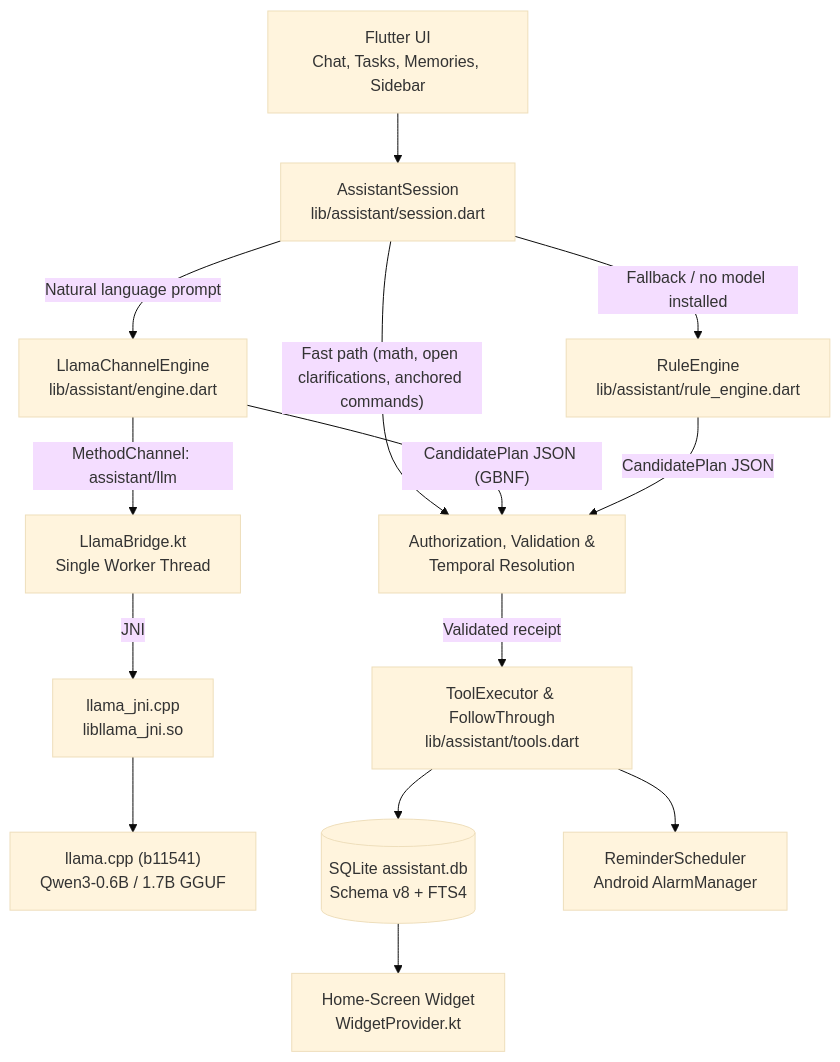
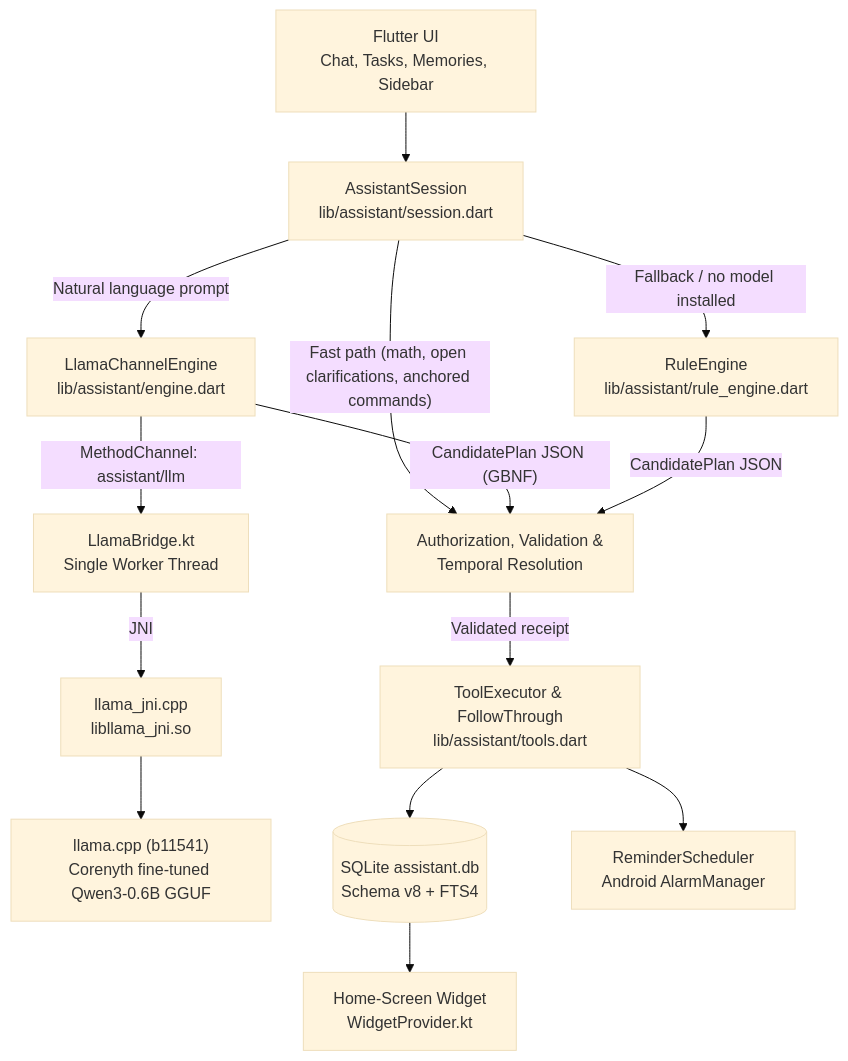
One commit to Souvik8426/Corenyth changed the diagram in README.md. Above: the diagram before and after it, drawn with Mermaid (base theme). The commit also changed other lines of this file and 47 other files, not shown here.

````diff
--- a/README.md
+++ b/README.md
@@ -86,16 +86,16 @@
 ```mermaid
 flowchart TD
     UI["Flutter UI<br/>Chat, Tasks, Memories, Sidebar"] --> S["AssistantSession<br/>lib/assistant/session.dart"]
     S -->|"Fast path (math, open clarifications, anchored commands)"| V
     S -->|"Natural language prompt"| E["LlamaChannelEngine<br/>lib/assistant/engine.dart"]
     S -->|"Fallback / no model installed"| R["RuleEngine<br/>lib/assistant/rule_engine.dart"]
     E -->|"MethodChannel: assistant/llm"| B["LlamaBridge.kt<br/>Single Worker Thread"]
     B -->|JNI| J["llama_jni.cpp<br/>libllama_jni.so"]
-    J --> L["llama.cpp (b11541)<br/>Qwen3-0.6B / 1.7B GGUF"]
+    J --> L["llama.cpp (b11541)<br/>Corenyth fine-tuned Qwen3-0.6B GGUF"]
     E -->|"CandidatePlan JSON (GBNF)"| V["Authorization, Validation &<br/>Temporal Resolution"]
     R -->|"CandidatePlan JSON"| V
     V -->|"Validated receipt"| X["ToolExecutor & FollowThrough<br/>lib/assistant/tools.dart"]
     X --> DB[("SQLite assistant.db<br/>Schema v8 + FTS4")]
     X --> A["ReminderScheduler<br/>Android AlarmManager"]
     DB --> W["Home-Screen Widget<br/>WidgetProvider.kt"]
 ```
````
